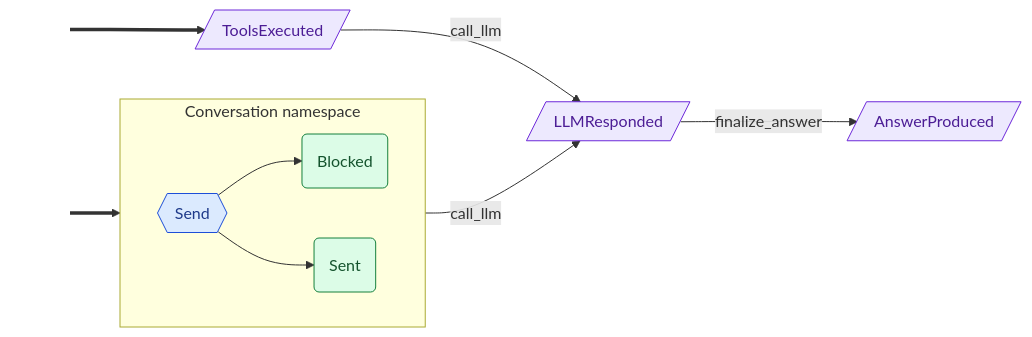
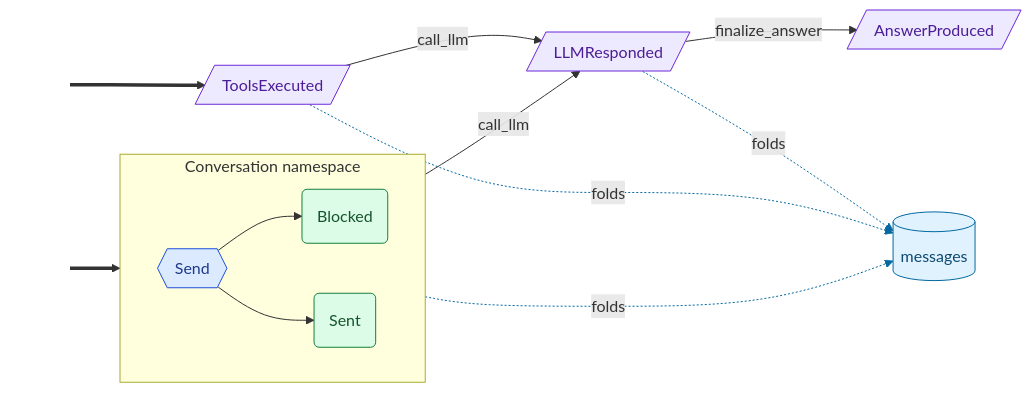
Before and after one commit to cadance-io/langgraph-events: the second of 2 diagrams in examples/conversation.graph.md, drawn with Mermaid. The commit also changed other lines of this file and 16 other files, not shown here.

First line of the commit message:
feat: show each reducer in the namespace model and its diagrams

````diff
--- a/examples/conversation.graph.md
+++ b/examples/conversation.graph.md
@@ -50,27 +54,33 @@
 ```mermaid
 graph LR
     classDef entry fill:none,stroke:none,color:none
     classDef cmd fill:#dbeafe,stroke:#1d4ed8,color:#1e3a8a
     classDef devt fill:#dcfce7,stroke:#15803d,color:#14532d
     classDef intg fill:#ede9fe,stroke:#6d28d9,color:#4c1d95
     classDef syst fill:#fef3c7,stroke:#b45309,color:#78350f
     classDef halt fill:#fef3c7,stroke:#b45309,color:#78350f,stroke-width:3px,stroke-dasharray:4 2
     classDef inv fill:#ffedd5,stroke:#c2410c,color:#7c2d12
+    classDef reducer fill:#e0f2fe,stroke:#0369a1,color:#0c4a6e
     subgraph Conversation["Conversation namespace"]
         direction LR
         Blocked(Blocked):::devt
         Send{{Send}}:::cmd
         Sent(Sent):::devt
     end
     AnswerProduced[/AnswerProduced/]:::intg
     LLMResponded[/LLMResponded/]:::intg
     ToolsExecuted[/ToolsExecuted/]:::intg
+    _reducer_messages[(messages)]:::reducer
     _e0_[ ]:::entry ==> Send
     _e1_[ ]:::entry ==> ToolsExecuted
     Send --> Sent
     Send --> Blocked
     Sent -->|call_llm| LLMResponded
     ToolsExecuted -->|call_llm| LLMResponded
     LLMResponded -->|finalize_answer| AnswerProduced
+    Sent -.->|folds| _reducer_messages
+    LLMResponded -.->|folds| _reducer_messages
+    ToolsExecuted -.->|folds| _reducer_messages
 %% Side-effect handlers: audit_trail (Auditable)
+    linkStyle 7,8,9 stroke:#0369a1,stroke-dasharray:2 2
 ```
````
